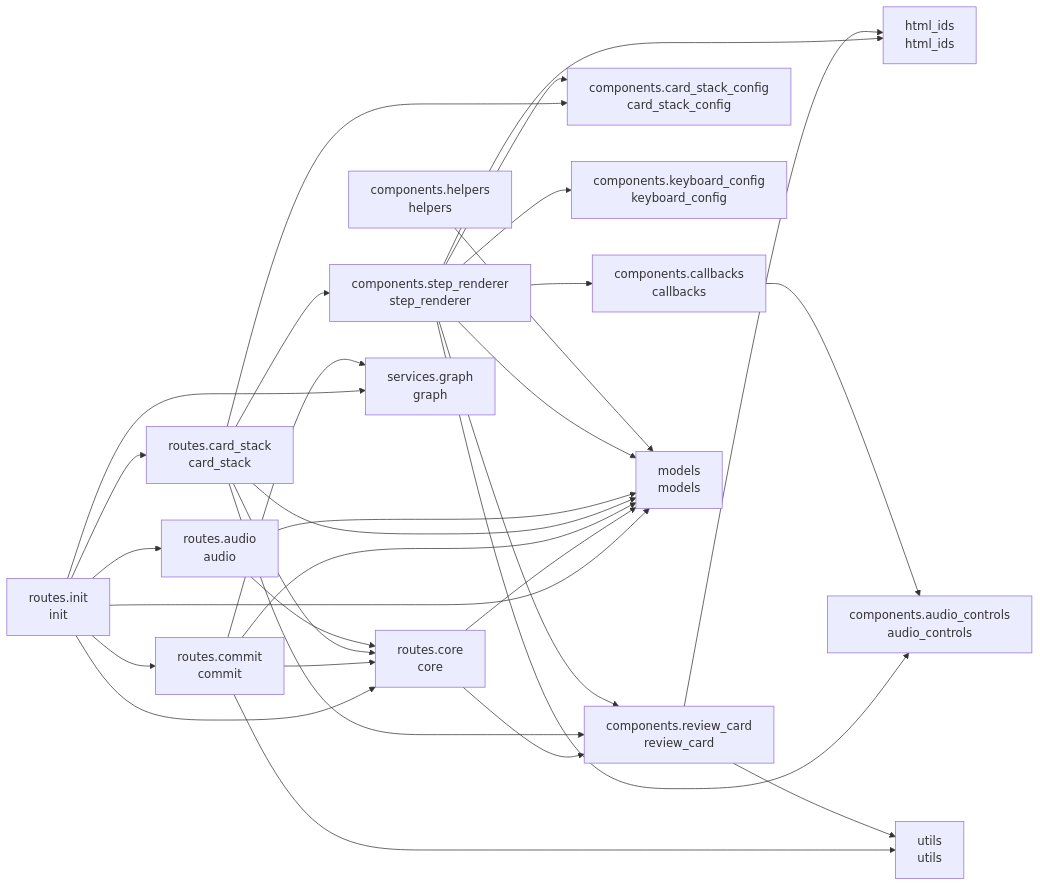
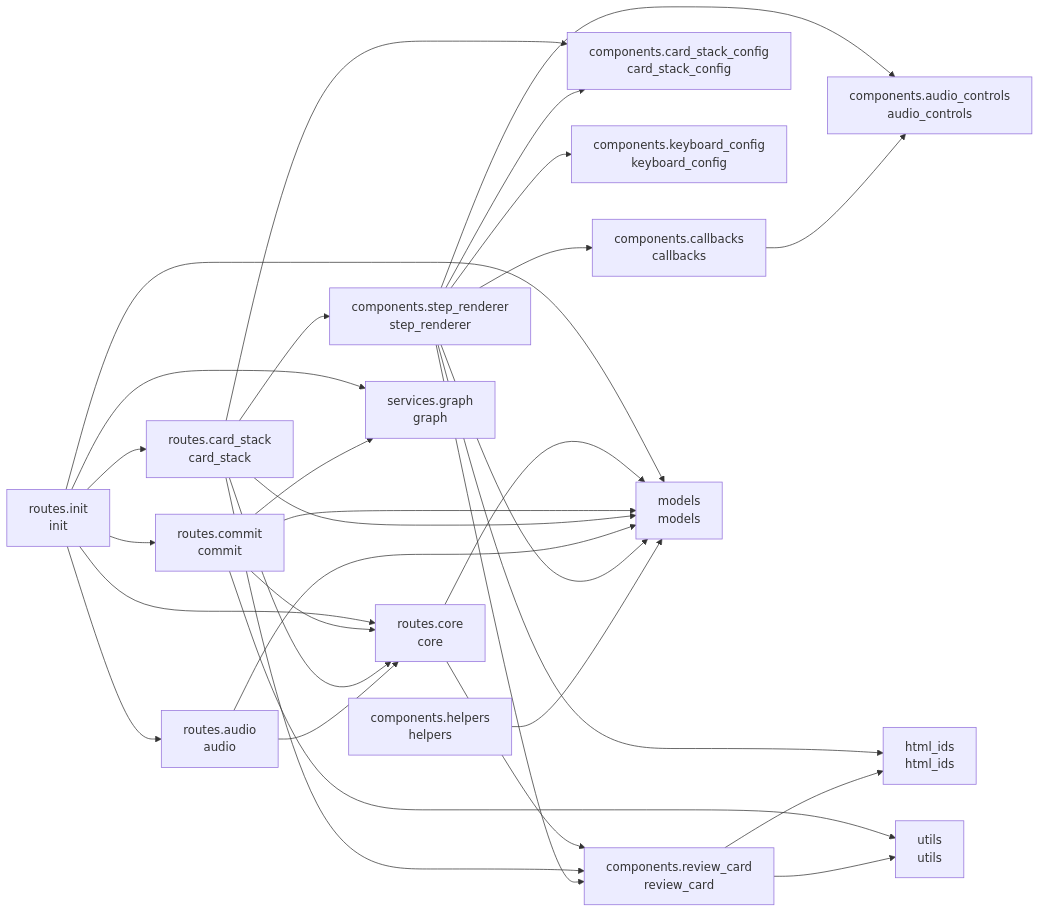
One commit to cj-mills/cjm-transcript-review changed the diagram in README.md. Above: the diagram before and after it, drawn with Mermaid. The commit also changed other lines of this file and 4 other files, not shown here.

Commit message:
Remove card-count select and width slider from toolbar, replace with settings modal trigger in header alongside keyboard hints button.

````diff
--- a/README.md
+++ b/README.md
@@ -39,50 +39,50 @@
 ``` mermaid
 graph LR
     components_audio_controls[components.audio_controls<br/>audio_controls]
     components_callbacks[components.callbacks<br/>callbacks]
     components_card_stack_config[components.card_stack_config<br/>card_stack_config]
     components_helpers[components.helpers<br/>helpers]
     components_keyboard_config[components.keyboard_config<br/>keyboard_config]
     components_review_card[components.review_card<br/>review_card]
     components_step_renderer[components.step_renderer<br/>step_renderer]
     html_ids[html_ids<br/>html_ids]
     models[models<br/>models]
     routes_audio[routes.audio<br/>audio]
     routes_card_stack[routes.card_stack<br/>card_stack]
     routes_commit[routes.commit<br/>commit]
     routes_core[routes.core<br/>core]
     routes_init[routes.init<br/>init]
     services_graph[services.graph<br/>graph]
     utils[utils<br/>utils]
 
     components_callbacks --> components_audio_controls
     components_helpers --> models
     components_review_card --> utils
     components_review_card --> html_ids
+    components_step_renderer --> components_card_stack_config
+    components_step_renderer --> models
     components_step_renderer --> components_callbacks
+    components_step_renderer --> components_keyboard_config
     components_step_renderer --> components_review_card
-    components_step_renderer --> components_card_stack_config
-    components_step_renderer --> components_keyboard_config
-    components_step_renderer --> models
     components_step_renderer --> components_audio_controls
     components_step_renderer --> html_ids
     routes_audio --> routes_core
     routes_audio --> models
+    routes_card_stack --> components_card_stack_config
+    routes_card_stack --> models
     routes_card_stack --> routes_core
     routes_card_stack --> components_step_renderer
     routes_card_stack --> components_review_card
-    routes_card_stack --> components_card_stack_config
-    routes_card_stack --> models
+    routes_commit --> models
+    routes_commit --> utils
     routes_commit --> routes_core
-    routes_commit --> utils
-    routes_commit --> models
     routes_commit --> services_graph
     routes_core --> models
     routes_core --> components_review_card
+    routes_init --> services_graph
+    routes_init --> routes_audio
     routes_init --> routes_core
-    routes_init --> routes_audio
-    routes_init --> services_graph
-    routes_init --> routes_commit
     routes_init --> routes_card_stack
     routes_init --> models
+    routes_init --> routes_commit
 ```
````
